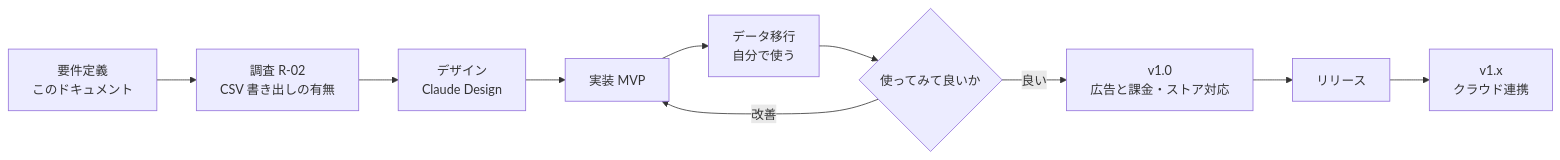
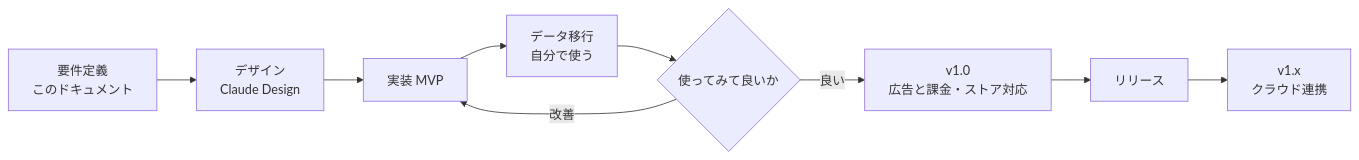
One commit to o-TAT-o/inventory changed the fifth of 5 diagrams in apps/training-log/docs/requirements.md. Above: the diagram before and after it, drawn with Mermaid. The commit also changed other lines of this file, not shown here.

````diff
--- a/apps/training-log/docs/requirements.md
+++ b/apps/training-log/docs/requirements.md
@@ -487,12 +552,11 @@
 ```mermaid
 flowchart LR
-  A[要件定義<br/>このドキュメント] --> B[調査 R-02<br/>CSV 書き出しの有無]
-  B --> C[デザイン<br/>Claude Design]
+  A[要件定義<br/>このドキュメント] --> C[デザイン<br/>Claude Design]
   C --> D[実装 MVP]
   D --> E[データ移行<br/>自分で使う]
   E --> F{使ってみて良いか}
   F -->|改善| D
   F -->|良い| G[v1.0<br/>広告と課金・ストア対応]
   G --> H[リリース]
   H --> I[v1.x<br/>クラウド連携]
 ```
````
